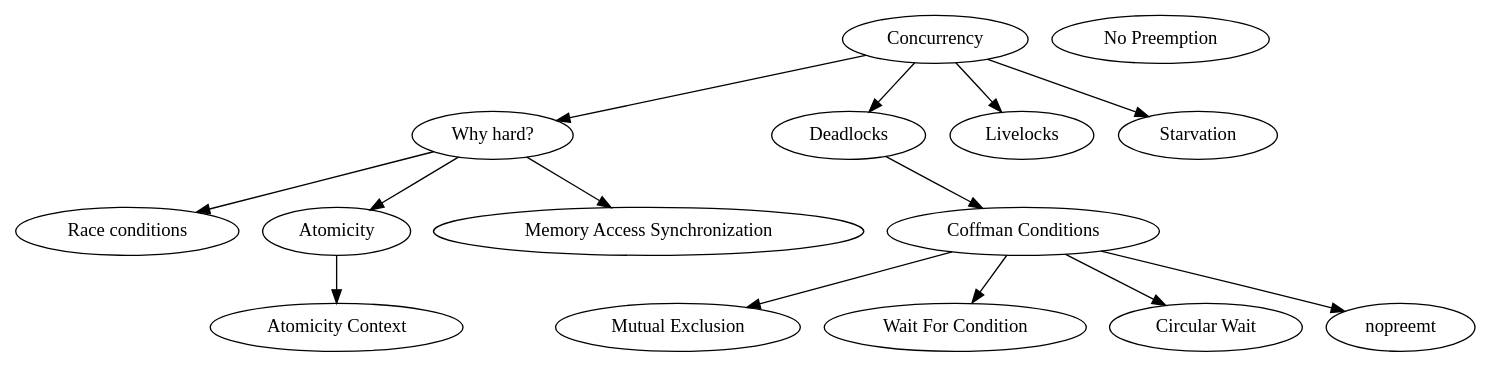
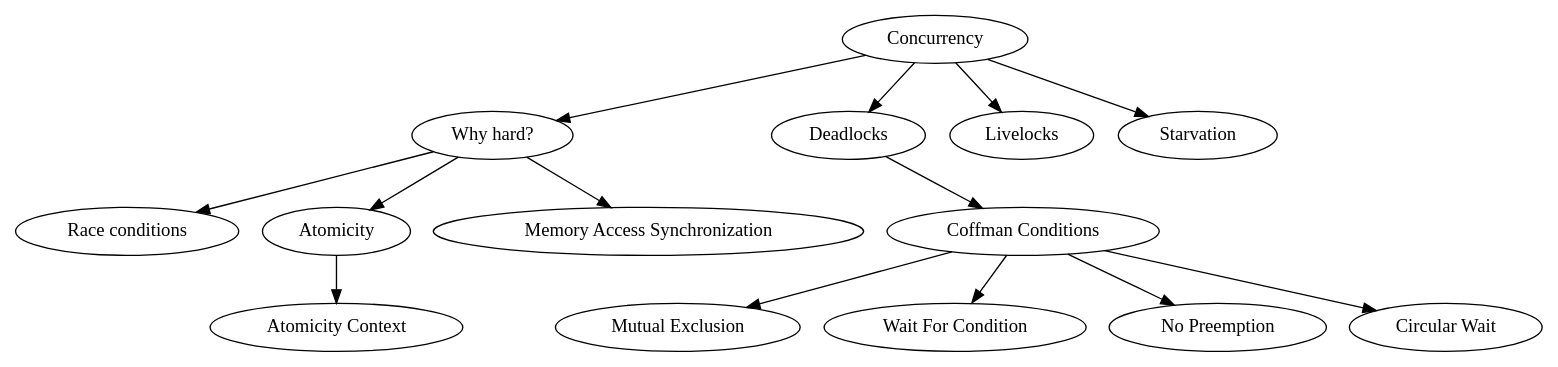
Before and after one commit to miku/cignotes: the diagram in mch1.dot, drawn with Graphviz. The commit also changed 2 other files, not shown here.

```diff
--- a/mch1.dot
+++ b/mch1.dot
@@ -1,35 +1,34 @@
 digraph cig {
     "concurrency" [label="Concurrency"];
     "whyhard" [label="Why hard?"];
     "racecond" [label="Race conditions"];
     "atomicity" [label="Atomicity"];
     "memsync" [label="Memory Access Synchronization"];
     "atomicity-context" [label="Atomicity Context"];
 
     "deadlocks" [label="Deadlocks"];
     "livelocks" [label="Livelocks"];
     "starvation" [label="Starvation"];
 
     "coffman" [label="Coffman Conditions"];
     "mutex" [label="Mutual Exclusion"];
     "waitfor" [label="Wait For Condition"];
     "nopreempt" [label="No Preemption"];
     "circwait" [label="Circular Wait"];
 
     "concurrency" -> "whyhard";
     "whyhard" -> "racecond";
     "whyhard" -> "atomicity";
     "atomicity" -> "atomicity-context";
     "whyhard" -> "memsync";
 
     "concurrency" -> "deadlocks";
     "concurrency" -> "livelocks";
     "concurrency" -> "starvation";
 
     "deadlocks" -> "coffman";
     "coffman" -> "mutex";
     "coffman" -> "waitfor";
-    "coffman" -> "nopreemt";
+    "coffman" -> "nopreempt";
     "coffman" -> "circwait";
-
 }
```
